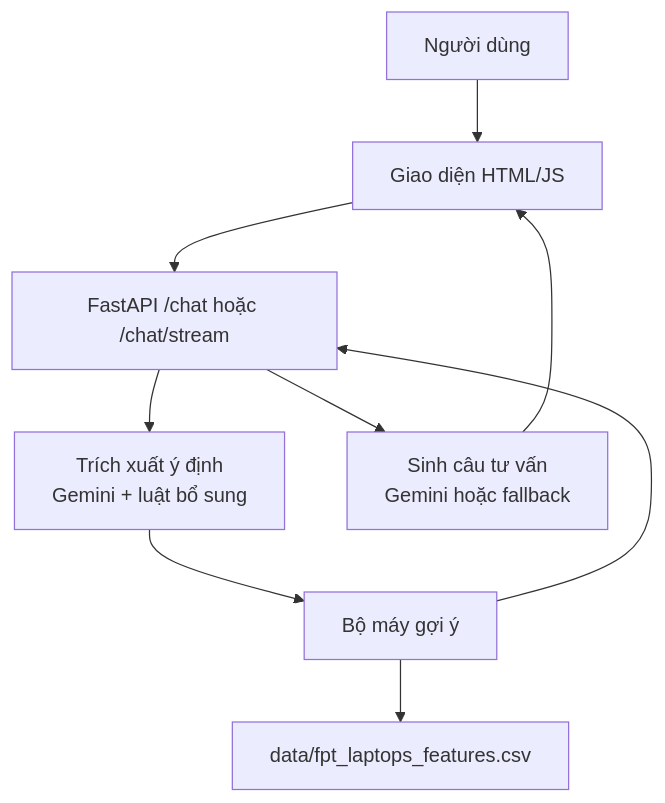
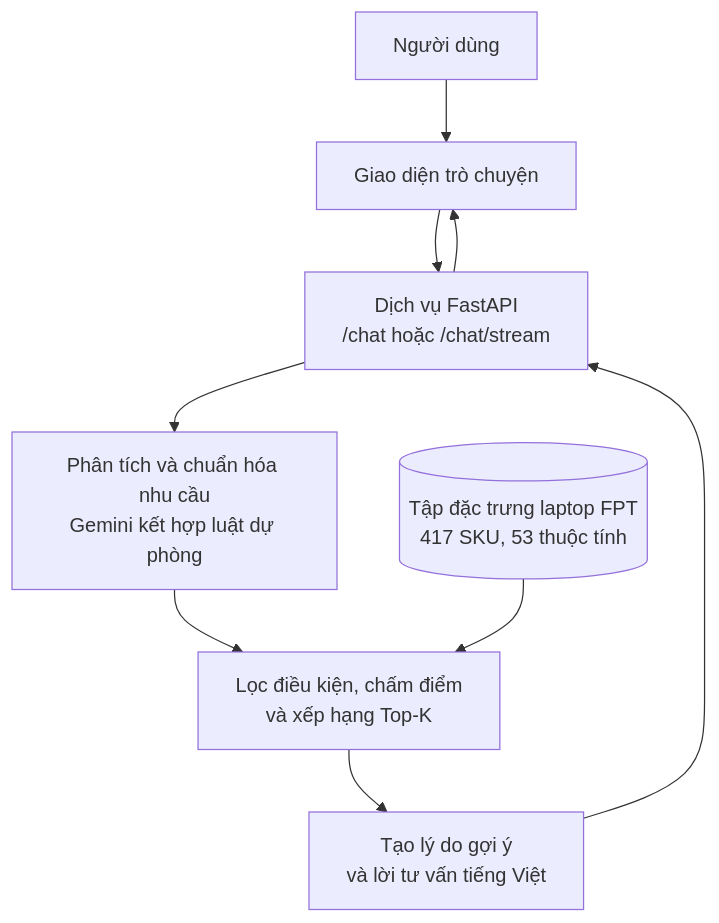
The third of 4 diagrams in reports/fpt_laptop_advisor_report.md (huyt39/Laptop-Advisor-DS), drawn with Mermaid before and after one commit. The commit also changed other lines of this file, not shown here.

````diff
--- a/reports/fpt_laptop_advisor_report.md
+++ b/reports/fpt_laptop_advisor_report.md
@@ -843,11 +970,11 @@
 ```mermaid
-flowchart TD
-    U["Người dùng"] --> FE["Giao diện HTML/JS"]
-    FE --> API["FastAPI /chat hoặc /chat/stream"]
-    API --> INTENT["Trích xuất ý định<br/>Gemini + luật bổ sung"]
-    INTENT --> REC["Bộ máy gợi ý"]
-    REC --> CSV["data/fpt_laptops_features.csv"]
-    REC --> API
-    API --> LLM["Sinh câu tư vấn<br/>Gemini hoặc fallback"]
-    LLM --> FE
+flowchart TB
+    U["Người dùng"] --> FE["Giao diện trò chuyện"]
+    FE --> API["Dịch vụ FastAPI<br/>/chat hoặc /chat/stream"]
+    API --> INTENT["Phân tích và chuẩn hóa nhu cầu<br/>Gemini kết hợp luật dự phòng"]
+    INTENT --> REC["Lọc điều kiện, chấm điểm<br/>và xếp hạng Top-K"]
+    CSV[("Tập đặc trưng laptop FPT<br/>417 SKU, 53 thuộc tính")] --> REC
+    REC --> RESPONSE["Tạo lý do gợi ý<br/>và lời tư vấn tiếng Việt"]
+    RESPONSE --> API
+    API --> FE
 ```
````
